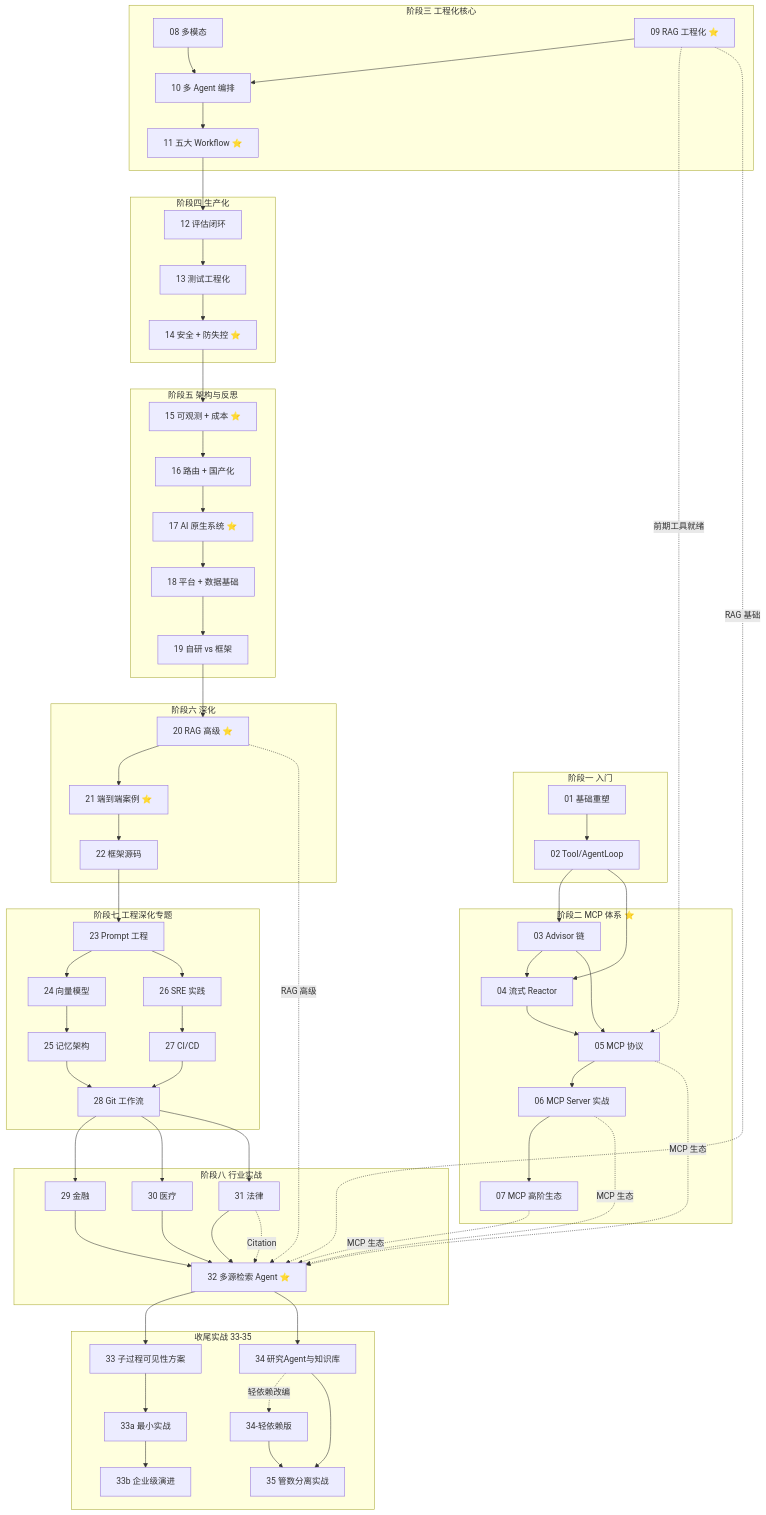
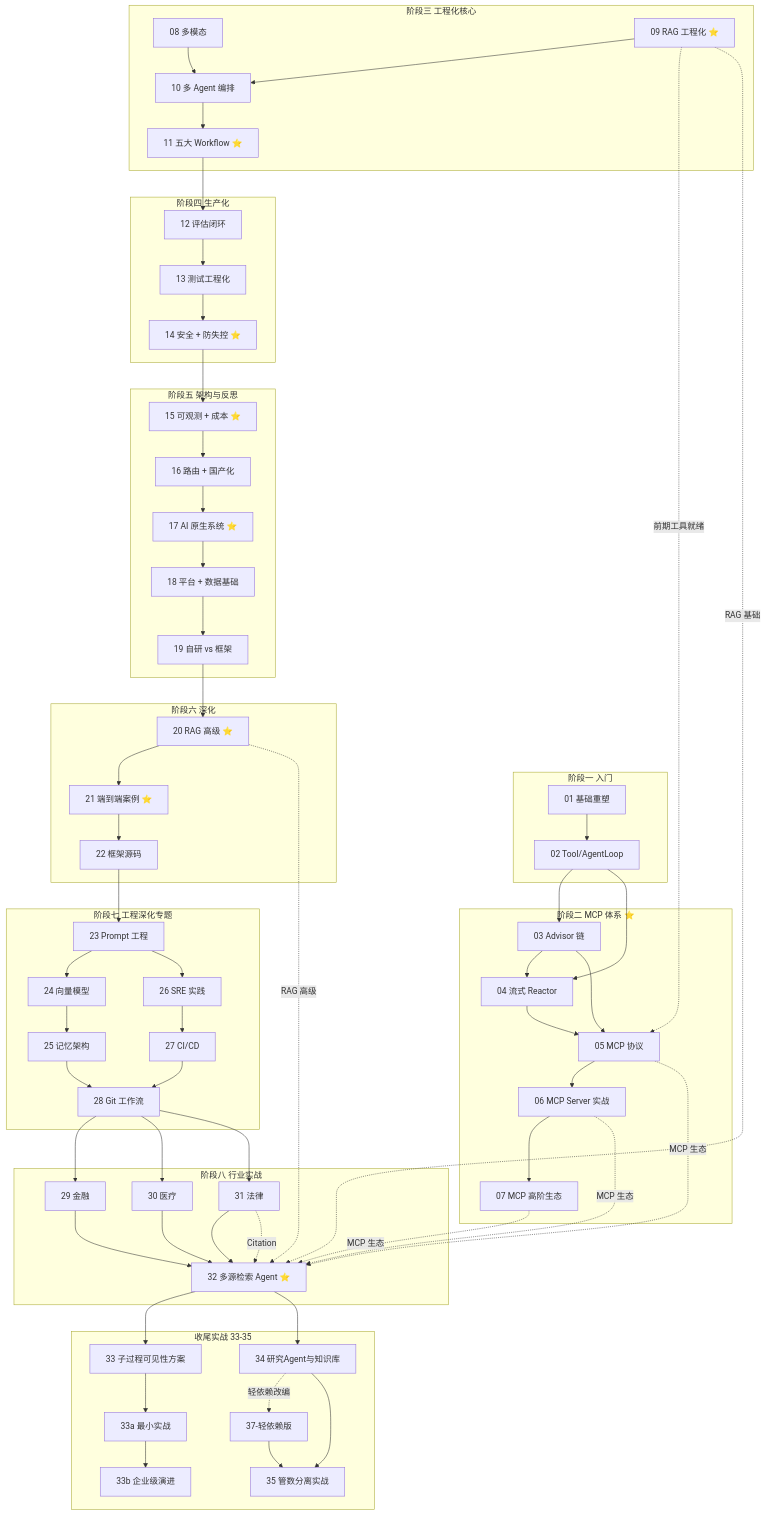
Before and after one commit to UranusGit/java-agent-learn: the second of 5 diagrams in docs/教程/00-目录索引.md, drawn with Mermaid. The commit also changed other lines of this file and 9 other files, not shown here.

````diff
--- a/docs/教程/00-目录索引.md
+++ b/docs/教程/00-目录索引.md
@@ -156,72 +156,72 @@
 ```mermaid
 flowchart TD
     subgraph P1["阶段一 入门"]
         N01["01 基础重塑"] --> N02["02 Tool/AgentLoop"]
     end
     subgraph P2["阶段二 MCP 体系 ⭐"]
         N03["03 Advisor 链"]
         N04["04 流式 Reactor"]
         N05["05 MCP 协议"]
         N06["06 MCP Server 实战"]
         N07["07 MCP 高阶生态"]
         N03 --> N04
         N03 --> N05
         N04 --> N05
         N05 --> N06 --> N07
     end
     subgraph P3["阶段三 工程化核心"]
         N08["08 多模态"]
         N09["09 RAG 工程化 ⭐"]
         N10["10 多 Agent 编排"]
         N11["11 五大 Workflow ⭐"]
         N08 --> N10
         N09 --> N10
         N10 --> N11
     end
     subgraph P4["阶段四 生产化"]
         N12["12 评估闭环"] --> N13["13 测试工程化"] --> N14["14 安全 + 防失控 ⭐"]
     end
     subgraph P5["阶段五 架构与反思"]
         N15["15 可观测 + 成本 ⭐"] --> N16["16 路由 + 国产化"] --> N17["17 AI 原生系统 ⭐"]
         N17 --> N18["18 平台 + 数据基础"] --> N19["19 自研 vs 框架"]
     end
     subgraph P6["阶段六 深化"]
         N20["20 RAG 高级 ⭐"] --> N21["21 端到端案例 ⭐"] --> N22["22 框架源码"]
     end
     subgraph P7["阶段七 工程深化专题"]
         N23["23 Prompt 工程"] --> N24["24 向量模型"] --> N25["25 记忆架构"]
         N23 --> N26["26 SRE 实践"] --> N27["27 CI/CD"]
         N25 --> N28["28 Git 工作流"]
         N27 --> N28
     end
     subgraph P8["阶段八 行业实战"]
         N28 --> N29["29 金融"]
         N28 --> N30["30 医疗"]
         N28 --> N31["31 法律"]
         N29 --> N32["32 多源检索 Agent ⭐"]
         N30 --> N32
         N31 --> N32
     end
     subgraph P9["收尾实战 33-35"]
         N32 --> N33["33 子过程可见性方案"]
         N33 --> N33A["33a 最小实战"]
         N33A --> N33B["33b 企业级演进"]
         N32 --> N34["34 研究Agent与知识库"]
-        N34 -.->|"轻依赖改编"| N34L["34-轻依赖版"]
+        N34 -.->|"轻依赖改编"| N34L["37-轻依赖版"]
         N34L --> N35["35 管数分离实战"]
         N34 --> N35
     end
     N02 --> N03
     N02 --> N04
     N11 --> N12
     N14 --> N15
     N19 --> N20
     N22 --> N23
     N09 -.->|"前期工具就绪"| N05
     N05 -.->|"MCP 生态"| N32
     N06 -.->|"MCP 生态"| N32
     N07 -.->|"MCP 生态"| N32
     N09 -.->|"RAG 基础"| N32
     N20 -.->|"RAG 高级"| N32
     N31 -.->|"Citation"| N32
 ```
````
